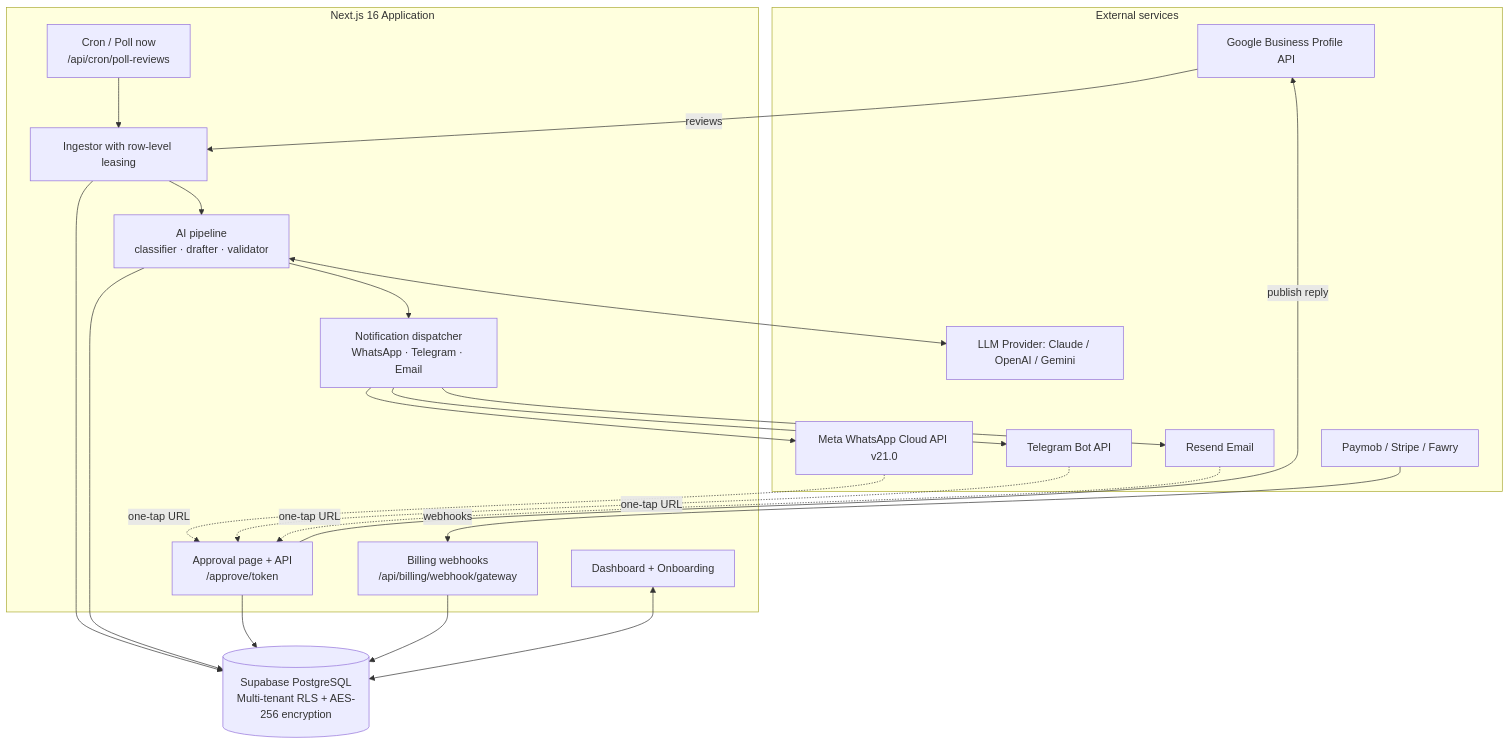
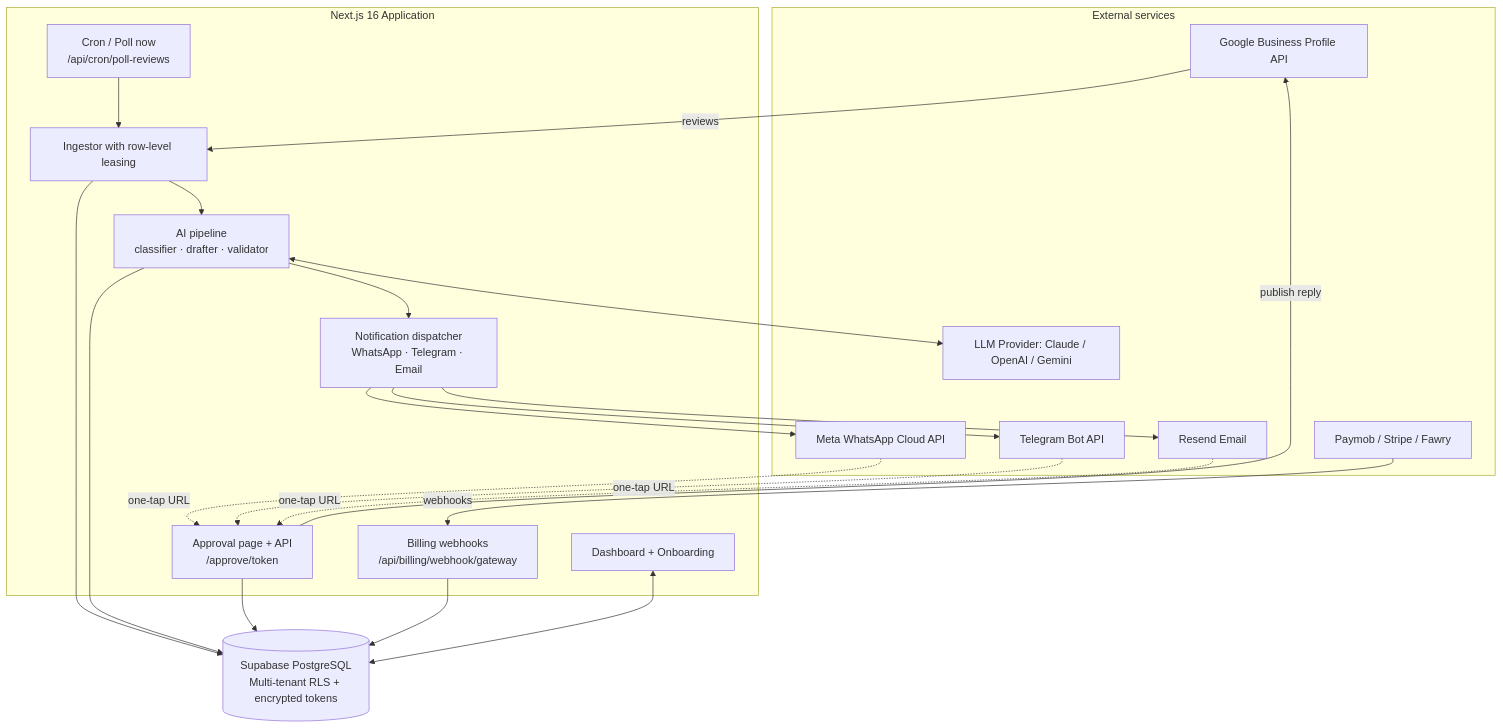
Before and after one commit to mo74x/radd: the third of 5 diagrams in README.md, drawn with Mermaid. The commit also changed other lines of this file, not shown here.

````diff
--- a/README.md
+++ b/README.md
@@ -266,42 +265,42 @@
 ```mermaid
 flowchart TB
     subgraph External[External services]
         G[Google Business Profile API]
-        W[Meta WhatsApp Cloud API v21.0]
+        W[Meta WhatsApp Cloud API]
         R[Resend Email]
         T[Telegram Bot API]
         P[Paymob / Stripe / Fawry]
         L[LLM Provider: Claude / OpenAI / Gemini]
     end
 
     subgraph App[Next.js 16 Application]
         C[Cron / Poll now<br/>/api/cron/poll-reviews]
         I[Ingestor with row-level leasing]
         B[Billing webhooks<br/>/api/billing/webhook/gateway]
         AI[AI pipeline<br/>classifier · drafter · validator]
         N[Notification dispatcher<br/>WhatsApp · Telegram · Email]
         A[Approval page + API<br/>/approve/token]
         D[Dashboard + Onboarding]
     end
 
-    DB[(Supabase PostgreSQL<br/>Multi-tenant RLS + AES-256 encryption)]
+    DB[(Supabase PostgreSQL<br/>Multi-tenant RLS + encrypted tokens)]
 
     C --> I
     G -- reviews --> I
     I --> DB
     I --> AI
     AI <--> L
     AI --> DB
     AI --> N
     N --> W
     N --> T
     N --> R
     W -. one-tap URL .-> A
     T -. one-tap URL .-> A
     R -. one-tap URL .-> A
     A --> DB
     A -- publish reply --> G
     P -- webhooks --> B
     B --> DB
     D <--> DB
 ```
````
